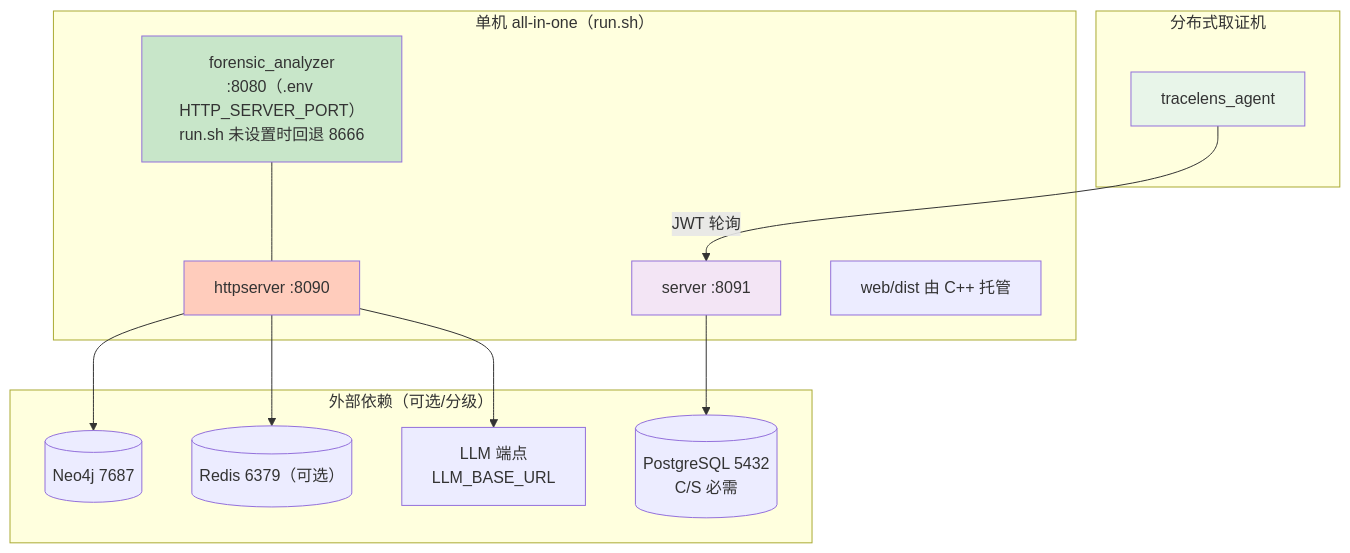
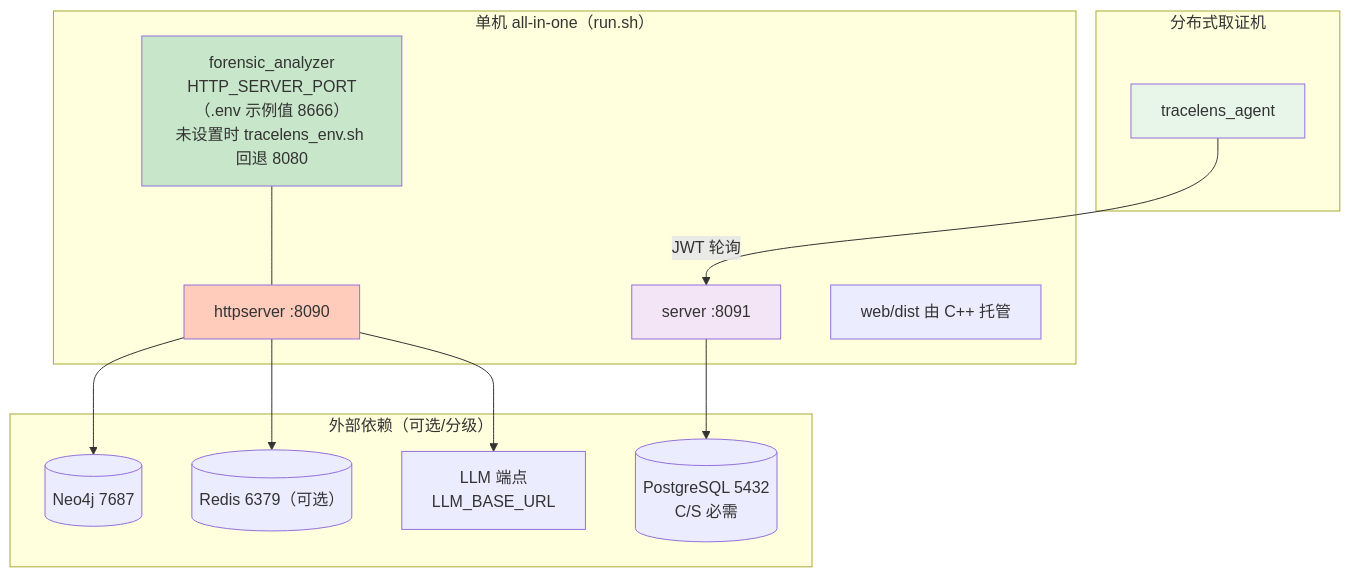
The first of 2 diagrams in docs/architecture/Deployment.md (ymj68520/TraceLens), drawn with Mermaid before and after one commit. The commit also changed other lines of this file and 79 other files, not shown here.

````diff
--- a/docs/architecture/Deployment.md
+++ b/docs/architecture/Deployment.md
@@ -7,32 +7,32 @@
 ```mermaid
 graph TB
     subgraph "单机 all-in-one（run.sh）"
-        CPP["forensic_analyzer<br/>:8080（.env HTTP_SERVER_PORT）<br/>run.sh 未设置时回退 8666"]
+        CPP["forensic_analyzer<br/>HTTP_SERVER_PORT（.env 示例值 8666）<br/>未设置时 tracelens_env.sh 回退 8080"]
         PY["httpserver :8090"]
         CS["server :8091"]
         WEB["web/dist 由 C++ 托管"]
     end
 
     subgraph "外部依赖（可选/分级）"
         NEO4J[("Neo4j 7687")]
         REDIS[("Redis 6379（可选）")]
         LLM["LLM 端点<br/>LLM_BASE_URL"]
         PG[("PostgreSQL 5432<br/>C/S 必需")]
     end
 
     subgraph "分布式取证机"
         AGENT["tracelens_agent"]
     end
 
     CPP --- PY
     PY --> NEO4J
     PY --> REDIS
     PY --> LLM
     CS --> PG
     AGENT -->|JWT 轮询| CS
 
     style CPP fill:#c8e6c9
     style PY fill:#ffccbc
     style CS fill:#f3e5f5
     style AGENT fill:#e8f5e9
 ```
````
